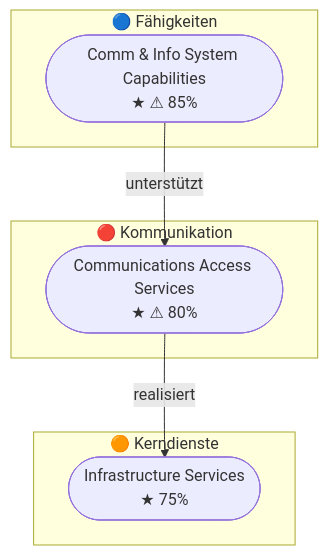
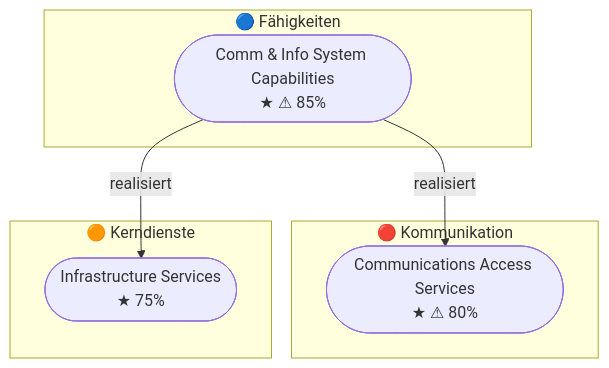
One commit to carstenartur/Taxonomy changed the second of 2 diagrams in docs/de/EXAMPLES.md. Above: the diagram before and after it, drawn with Mermaid. The commit also changed other lines of this file and 5 other files, not shown here.

Commit message:
docs: refresh architecture examples with retained evidence (#1336)

````diff
--- a/docs/de/EXAMPLES.md
+++ b/docs/de/EXAMPLES.md
@@ -337,14 +398,14 @@
 ```mermaid
 graph TD
     subgraph Faehigkeiten["🔵 Fähigkeiten"]
         CP_1023(["Comm &amp; Info System Capabilities<br/>★ ⚠ 85%"])
     end
     subgraph Kommunikationsdienste["🔴 Kommunikation"]
         CO_1011(["Communications Access Services<br/>★ ⚠ 80%"])
     end
     subgraph Kerndienste["🟠 Kerndienste"]
         CR_1047(["Infrastructure Services<br/>★ 75%"])
     end
-    CP_1023 -->|unterstützt| CO_1011
-    CO_1011 -->|realisiert| CR_1047
+    CP_1023 -->|realisiert| CO_1011
+    CP_1023 -->|realisiert| CR_1047
 ```
````
